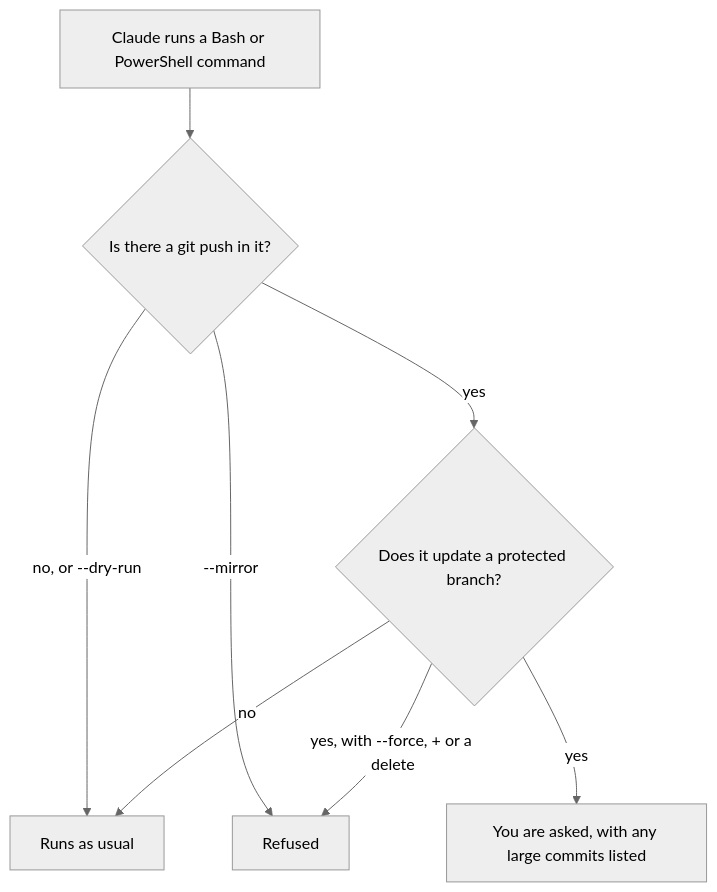
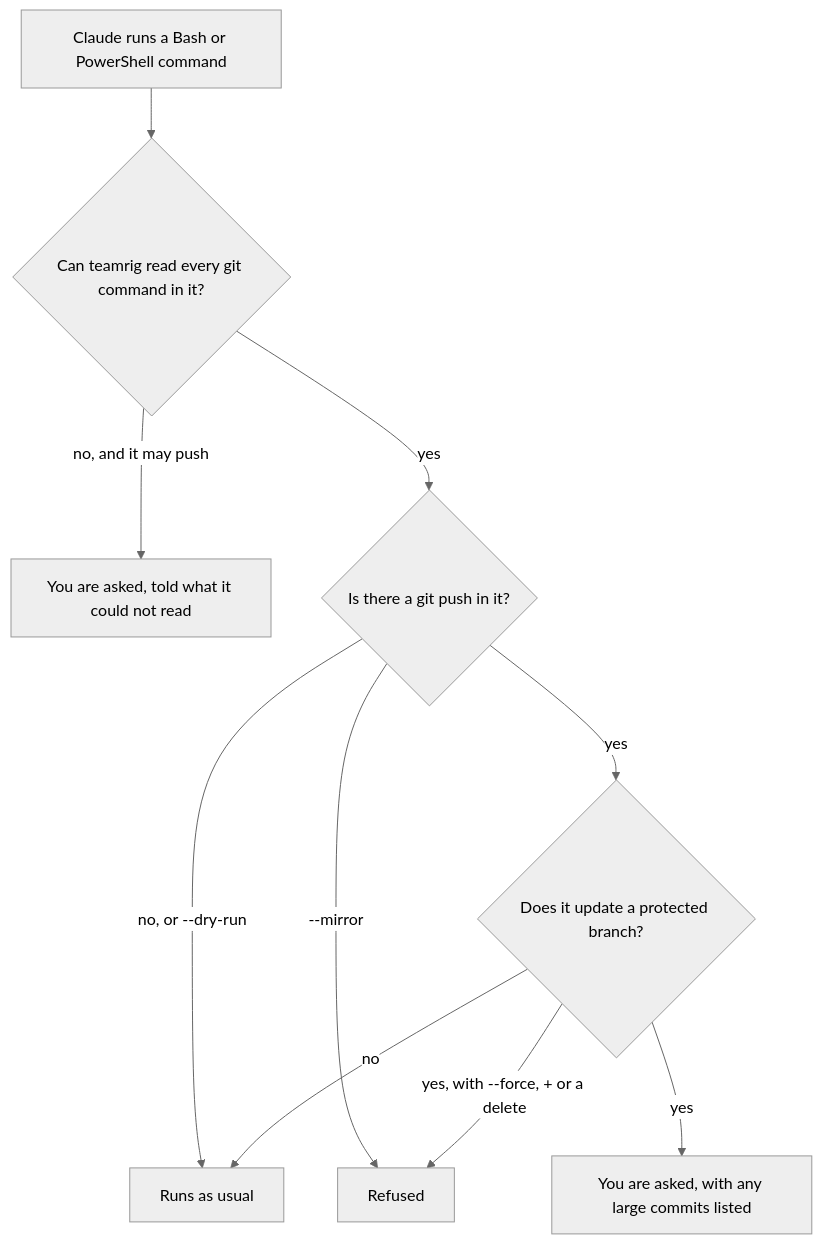
The seventh of 9 diagrams in docs/how-it-works.md (GeneralA6/teamrig), drawn with Mermaid (neutral theme) before and after one commit. The commit also changed other lines of this file, not shown here.

First line of the commit message:
docs: what the push guard and the secret check read, and their limits

````diff
--- a/docs/how-it-works.md
+++ b/docs/how-it-works.md
@@ -221,10 +224,12 @@
 ```mermaid
 flowchart TD
-  cmd["Claude runs a Bash or PowerShell command"] --> push{"Is there a git push in it?"}
+  cmd["Claude runs a Bash or PowerShell command"] --> read{"Can teamrig read every git command in it?"}
+  read -- "no, and it may push" --> doubt["You are asked, told what it could not read"]
+  read -- yes --> push{"Is there a git push in it?"}
   push -- "no, or --dry-run" --> run["Runs as usual"]
   push -- "--mirror" --> deny["Refused"]
   push -- yes --> branch{"Does it update a protected branch?"}
   branch -- no --> run
   branch -- "yes, with --force, + or a delete" --> deny
   branch -- yes --> ask["You are asked, with any large commits listed"]
 ```
````
